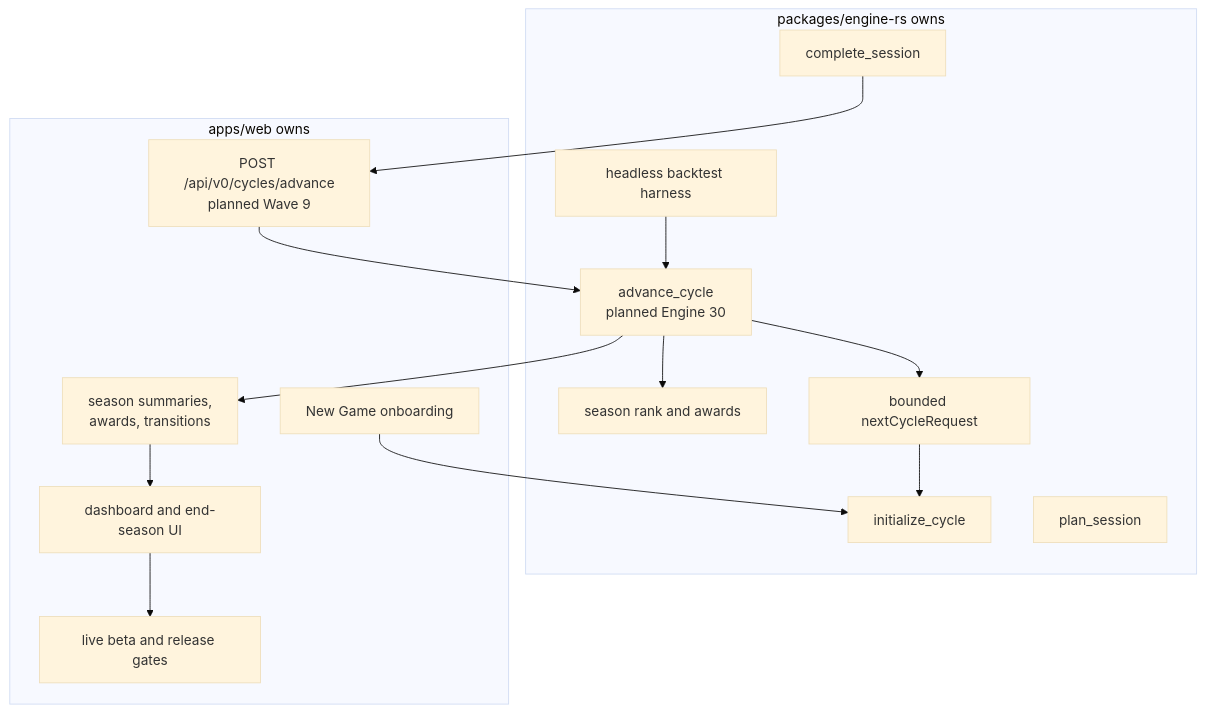
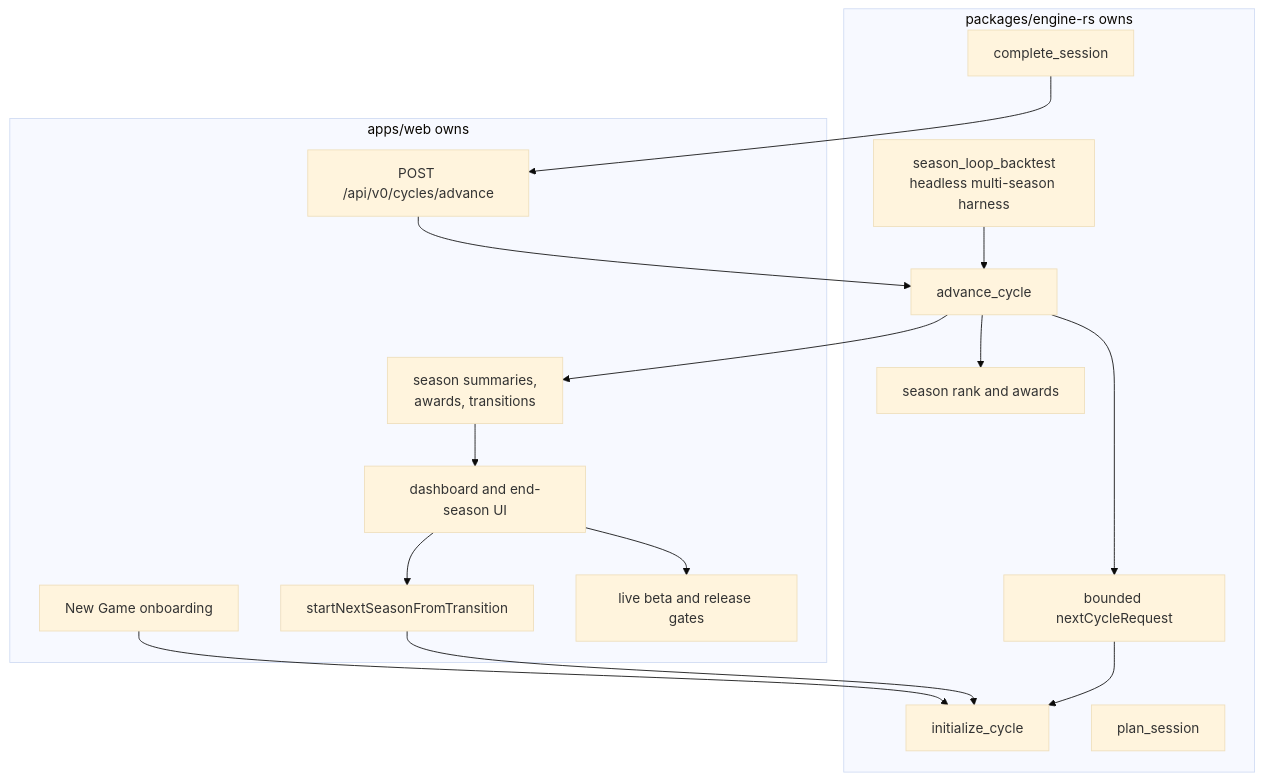
One commit to manjuyod/adaptabuddy_v2 changed the second of 4 diagrams in docs/mermaid/season-loop-roadmap.md. Above: the diagram before and after it, drawn with Mermaid (base theme). The commit also changed other lines of this file and 6 other files, not shown here.

Commit message:
mermaid update

````diff
--- a/docs/mermaid/season-loop-roadmap.md
+++ b/docs/mermaid/season-loop-roadmap.md
@@ -28,31 +28,34 @@
 ```mermaid
 flowchart TB
   subgraph Engine["packages/engine-rs owns"]
     Initialize["initialize_cycle"]
     PlanSession["plan_session"]
     CompleteSession["complete_session"]
-    AdvanceCycle["advance_cycle<br/>planned Engine 30"]
-    Backtest["headless backtest harness"]
+    AdvanceCycle["advance_cycle"]
+    Backtest["season_loop_backtest<br/>headless multi-season harness"]
     Rank["season rank and awards"]
     NextRequest["bounded nextCycleRequest"]
   end
 
   subgraph App["apps/web owns"]
     NewGame["New Game onboarding"]
-    AdvanceRoute["POST /api/v0/cycles/advance<br/>planned Wave 9"]
+    AdvanceRoute["POST /api/v0/cycles/advance"]
     Persistence["season summaries,<br/>awards, transitions"]
     UI["dashboard and end-season UI"]
+    StartNext["startNextSeasonFromTransition"]
     Release["live beta and release gates"]
   end
 
   NewGame --> Initialize
   CompleteSession --> AdvanceRoute
   AdvanceRoute --> AdvanceCycle
   AdvanceCycle --> Rank
   AdvanceCycle --> NextRequest
   AdvanceCycle --> Persistence
   Persistence --> UI
+  UI --> StartNext
+  StartNext --> Initialize
   Backtest --> AdvanceCycle
   NextRequest --> Initialize
   UI --> Release
 ```
````
